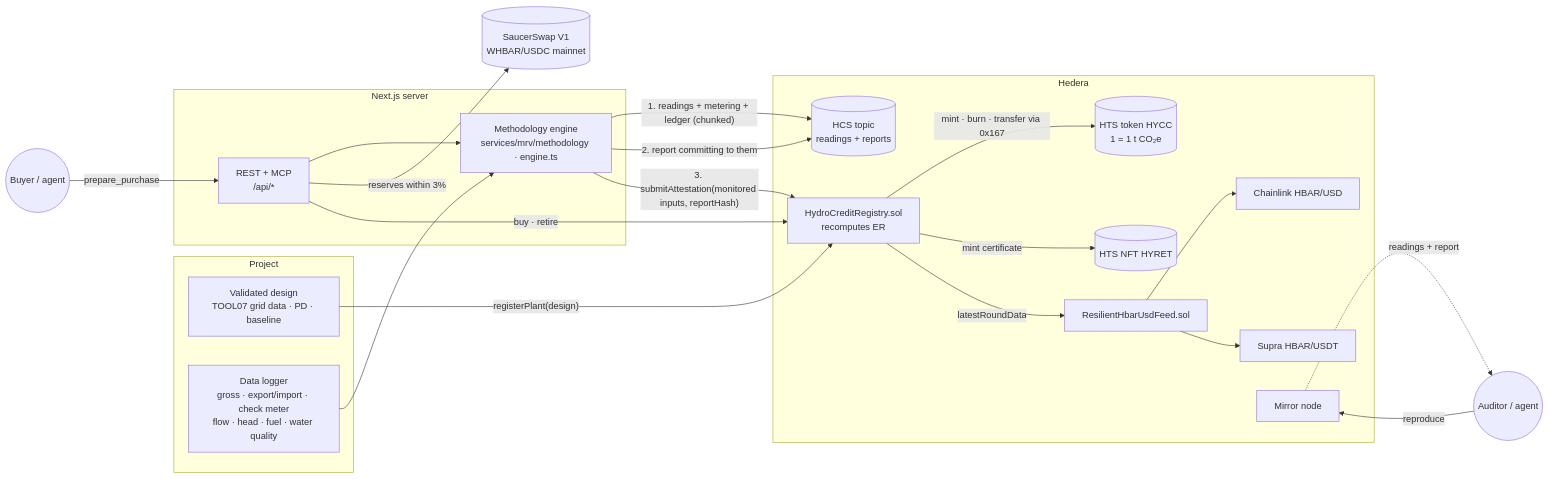
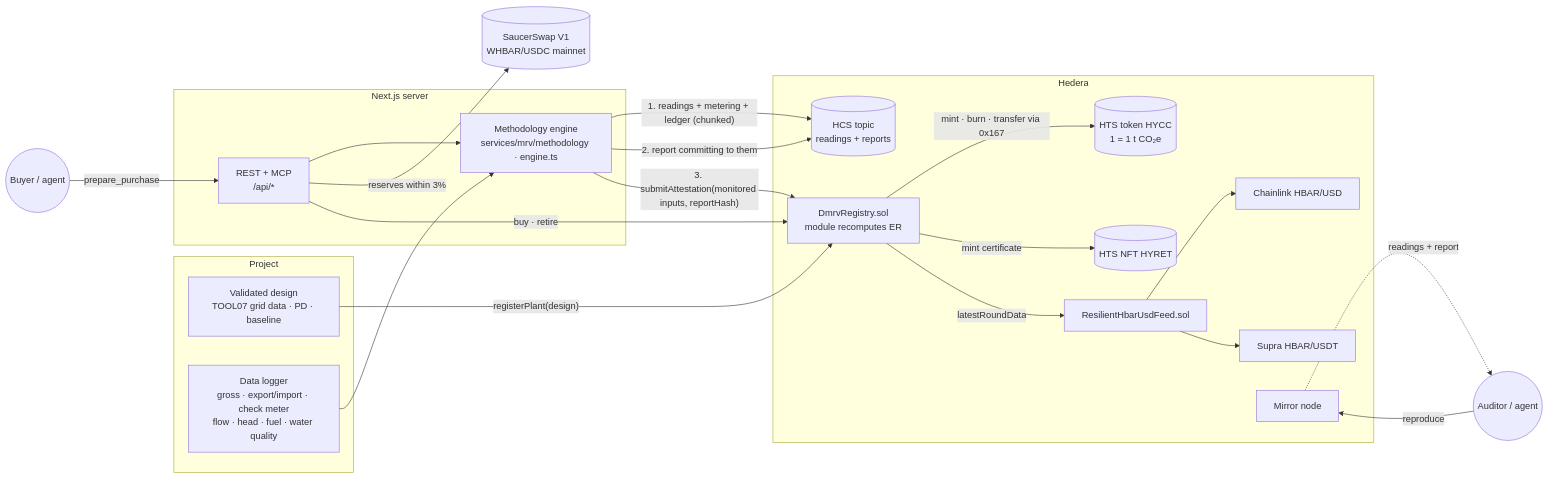
Before and after one commit to BikramBiswas786/Hedera-hydropower-dMRV-with-5-layer-verification-: the diagram in docs/methodology.md, drawn with Mermaid. The commit also changed other lines of this file and 23 other files, not shown here.

````diff
--- a/docs/methodology.md
+++ b/docs/methodology.md
@@ -193,37 +193,37 @@
 ```mermaid
 flowchart LR
   subgraph Project
     DESIGN[Validated design<br/>TOOL07 grid data · PD · baseline]
     LOGGER[Data logger<br/>gross · export/import · check meter<br/>flow · head · fuel · water quality]
   end
   subgraph Next.js server
     ENGINE[Methodology engine<br/>services/mrv/methodology · engine.ts]
     API[REST + MCP<br/>/api/*]
   end
   subgraph Hedera
     HCS[(HCS topic<br/>readings + reports)]
-    REG[HydroCreditRegistry.sol<br/>recomputes ER]
+    REG[DmrvRegistry.sol<br/>module recomputes ER]
     TOK[(HTS token HYCC<br/>1 = 1 t CO₂e)]
     NFT[(HTS NFT HYRET)]
     FEED[ResilientHbarUsdFeed.sol]
     CL[Chainlink HBAR/USD]
     SUP[Supra HBAR/USDT]
     MIRROR[Mirror node]
   end
   DESIGN -- registerPlant(design) --> REG
   LOGGER --> ENGINE
   API --> ENGINE
   ENGINE -- 1. readings + metering + ledger (chunked) --> HCS
   ENGINE -- 2. report committing to them --> HCS
   ENGINE -- 3. submitAttestation(monitored inputs, reportHash) --> REG
   REG -- mint · burn · transfer via 0x167 --> TOK
   REG -- mint certificate --> NFT
   REG -- latestRoundData --> FEED
   FEED --> CL
   FEED --> SUP
   Buyer((Buyer / agent)) -- prepare_purchase --> API
   API -- reserves within 3% --> SS[(SaucerSwap V1<br/>WHBAR/USDC mainnet)]
   API -- buy · retire --> REG
   Auditor((Auditor / agent)) -- reproduce --> MIRROR
   MIRROR -. readings + report .-> Auditor
 ```
````
